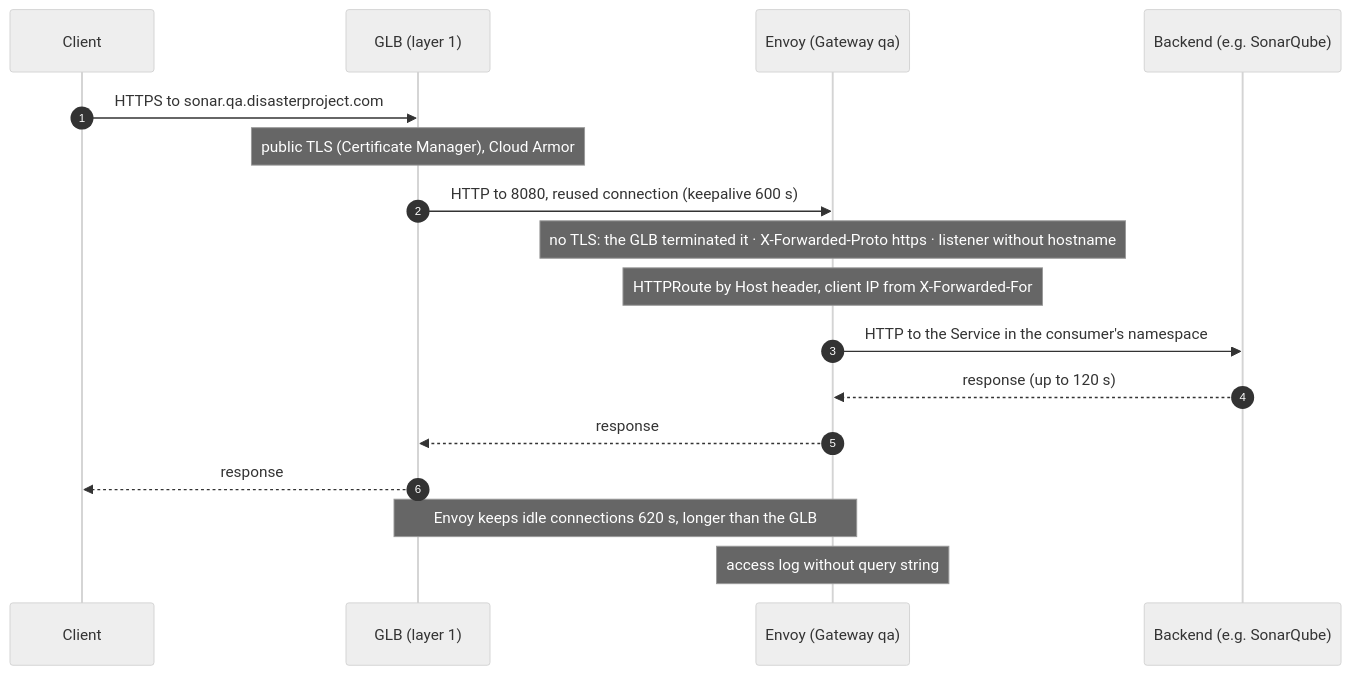
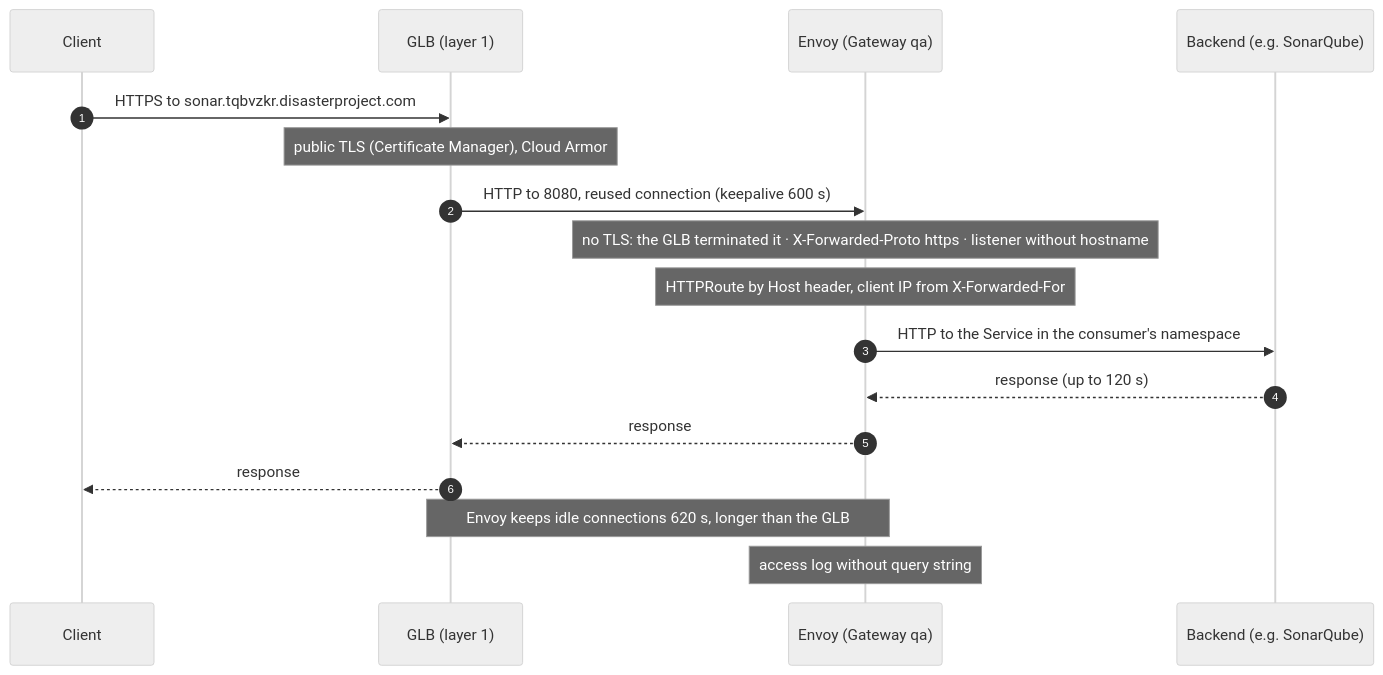
One commit to aescanero/proposal_documents changed the diagram in docs/en/proposals/envoy-gateway-qa/diagrams/02-camino-peticion.mmd. Above: the diagram before and after it, drawn with Mermaid (neutral theme). The commit also changed 142 other files, not shown here.

```diff
--- a/docs/en/proposals/envoy-gateway-qa/diagrams/02-camino-peticion.mmd
+++ b/docs/en/proposals/envoy-gateway-qa/diagrams/02-camino-peticion.mmd
@@ -1,18 +1,18 @@
 sequenceDiagram
     autonumber
     participant C as Client
     participant G as GLB (layer 1)
     participant E as Envoy (Gateway qa)
     participant B as Backend (e.g. SonarQube)
 
-    C->>G: HTTPS to sonar.qa.disasterproject.com
+    C->>G: HTTPS to sonar.tqbvzkr.disasterproject.com
     Note over G: public TLS (Certificate Manager), Cloud Armor
     G->>E: HTTP to 8080, reused connection (keepalive 600 s)
     Note over E: no TLS: the GLB terminated it · X-Forwarded-Proto https · listener without hostname
     Note over E: HTTPRoute by Host header, client IP from X-Forwarded-For
     E->>B: HTTP to the Service in the consumer's namespace
     B-->>E: response (up to 120 s)
     E-->>G: response
     G-->>C: response
     Note over E,G: Envoy keeps idle connections 620 s, longer than the GLB
     Note over E: access log without query string
```
